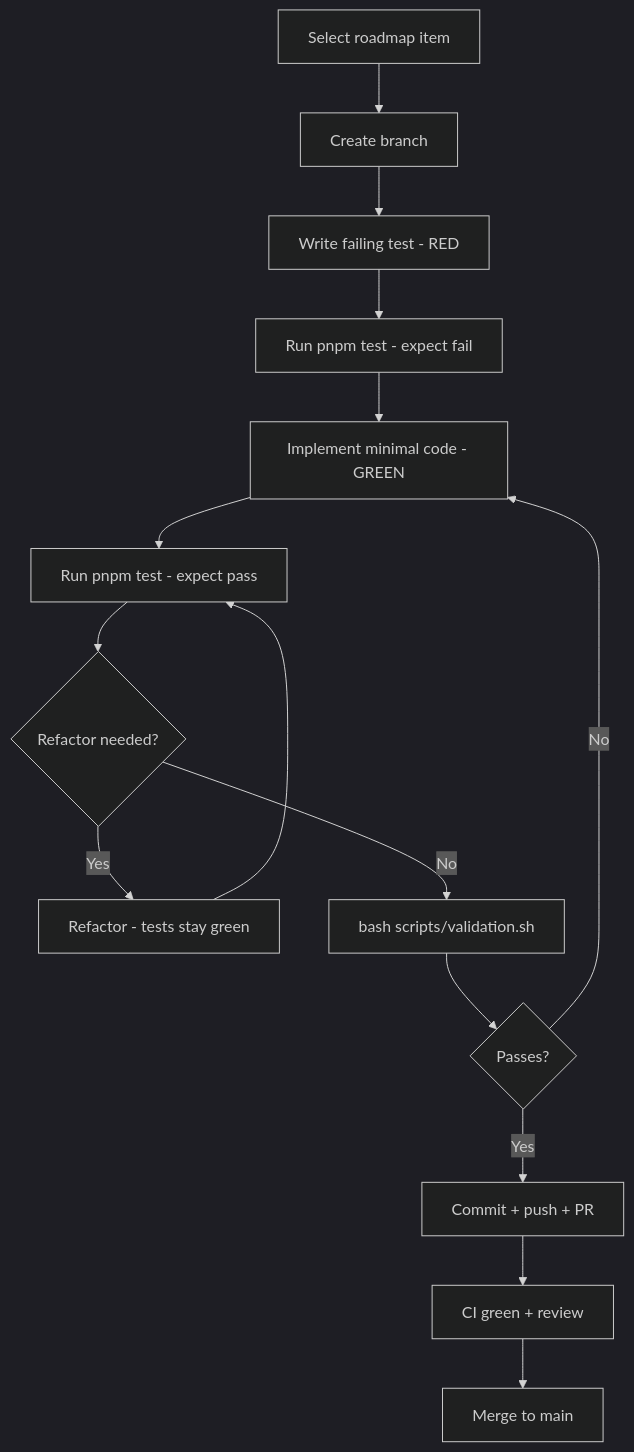
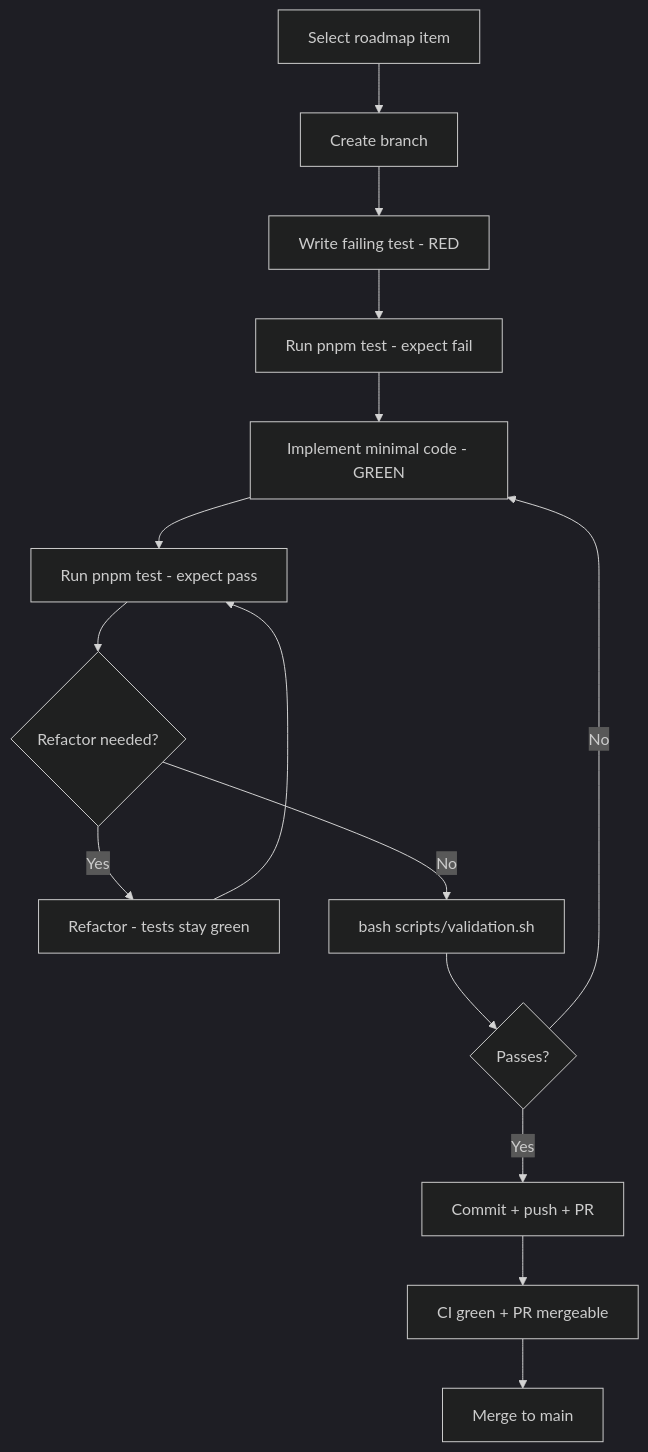
The diagram in docs/development-cycle.md (alexandrelheinen/freshy), drawn with Mermaid (dark theme) before and after one commit. The commit also changed other lines of this file and 3 other files, not shown here.

````diff
--- a/docs/development-cycle.md
+++ b/docs/development-cycle.md
@@ -147,17 +151,17 @@
 ```mermaid
 flowchart TD
     A[Select roadmap item] --> B[Create branch]
     B --> C[Write failing test - RED]
     C --> D[Run pnpm test - expect fail]
     D --> E[Implement minimal code - GREEN]
     E --> F[Run pnpm test - expect pass]
     F --> G{Refactor needed?}
     G -->|Yes| H[Refactor - tests stay green]
     H --> F
     G -->|No| I[bash scripts/validation.sh]
     I --> J{Passes?}
     J -->|No| E
     J -->|Yes| K[Commit + push + PR]
-    K --> L[CI green + review]
+    K --> L[CI green + PR mergeable]
     L --> M[Merge to main]
 ```
````
